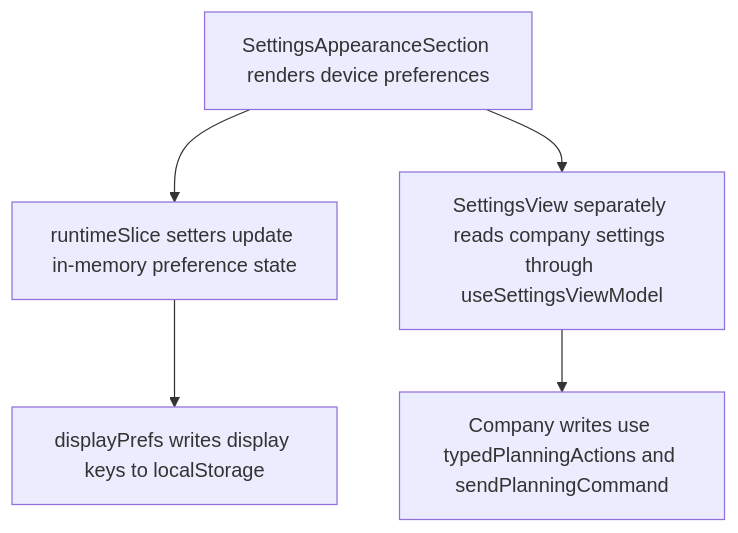
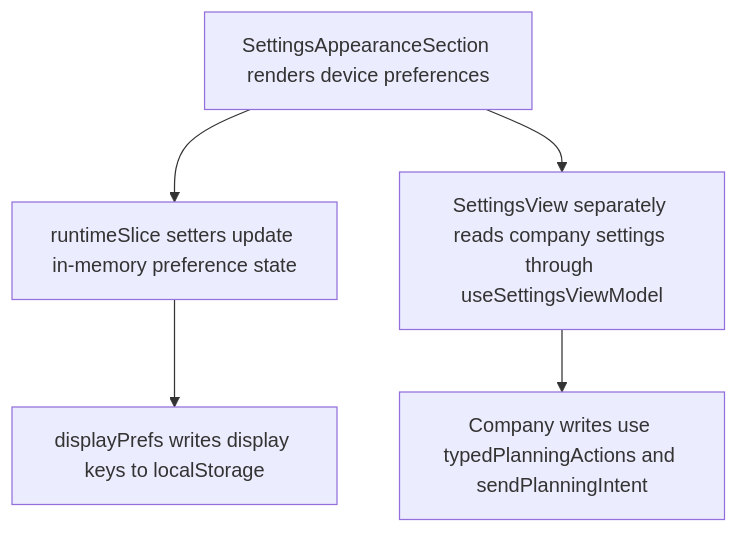
One commit to Kevinjohn/capacitylens changed the second of 2 diagrams in user-stories/settings/US-SET-08-clear-local-storage.md. Above: the diagram before and after it, drawn with Mermaid. The commit also changed 55 other files, not shown here.

First line of the commit message:
Planning intent: rename planning commands to intents

````diff
--- a/user-stories/settings/US-SET-08-clear-local-storage.md
+++ b/user-stories/settings/US-SET-08-clear-local-storage.md
@@ -26,7 +26,7 @@
 ```mermaid
 flowchart TD
   settings["SettingsAppearanceSection renders device preferences"] --> runtime["runtimeSlice setters update in-memory preference state"]
   runtime --> storage["displayPrefs writes display keys to localStorage"]
   settings --> account["SettingsView separately reads company settings through useSettingsViewModel"]
-  account --> company["Company writes use typedPlanningActions and sendPlanningCommand"]
+  account --> company["Company writes use typedPlanningActions and sendPlanningIntent"]
 ```
````
